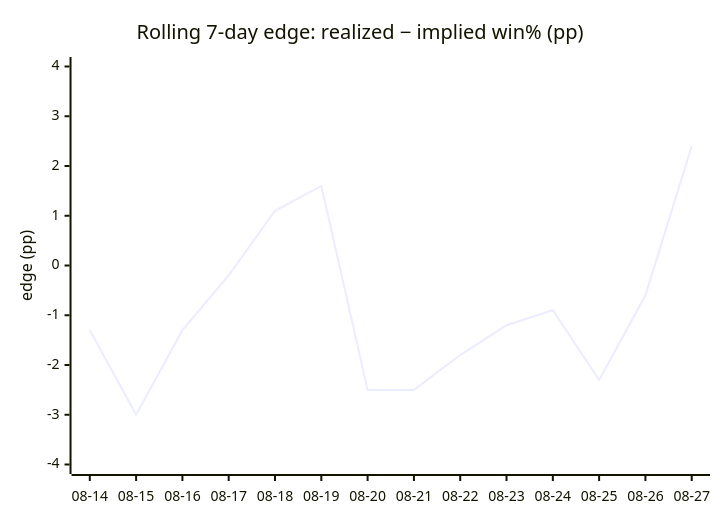
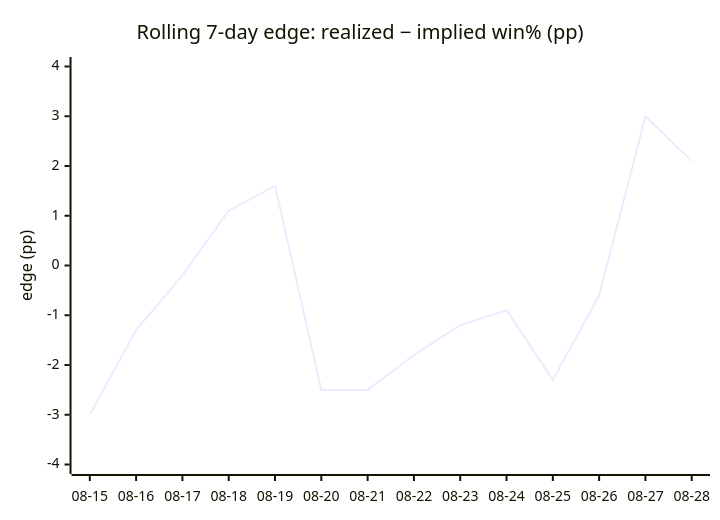
The fourth of 4 diagrams in DAILY_AGSU_REPORT.md (dpk1212/nhl-savant), drawn with Mermaid before and after one commit. The commit also changed other lines of this file, not shown here.

````diff
--- a/DAILY_AGSU_REPORT.md
+++ b/DAILY_AGSU_REPORT.md
@@ -842,7 +841,7 @@
 ```mermaid
 xychart-beta
     title "Rolling 7-day edge: realized − implied win% (pp)"
-    x-axis ["08-14", "08-15", "08-16", "08-17", "08-18", "08-19", "08-20", "08-21", "08-22", "08-23", "08-24", "08-25", "08-26", "08-27"]
+    x-axis ["08-15", "08-16", "08-17", "08-18", "08-19", "08-20", "08-21", "08-22", "08-23", "08-24", "08-25", "08-26", "08-27", "08-28"]
     y-axis "edge (pp)" -4 --> 4
-    line [-1.3, -3, -1.3, -0.2, 1.1, 1.6, -2.5, -2.5, -1.8, -1.2, -0.9, -2.3, -0.6, 2.4]
+    line [-3, -1.3, -0.2, 1.1, 1.6, -2.5, -2.5, -1.8, -1.2, -0.9, -2.3, -0.6, 3, 2.1]
 ```
````
